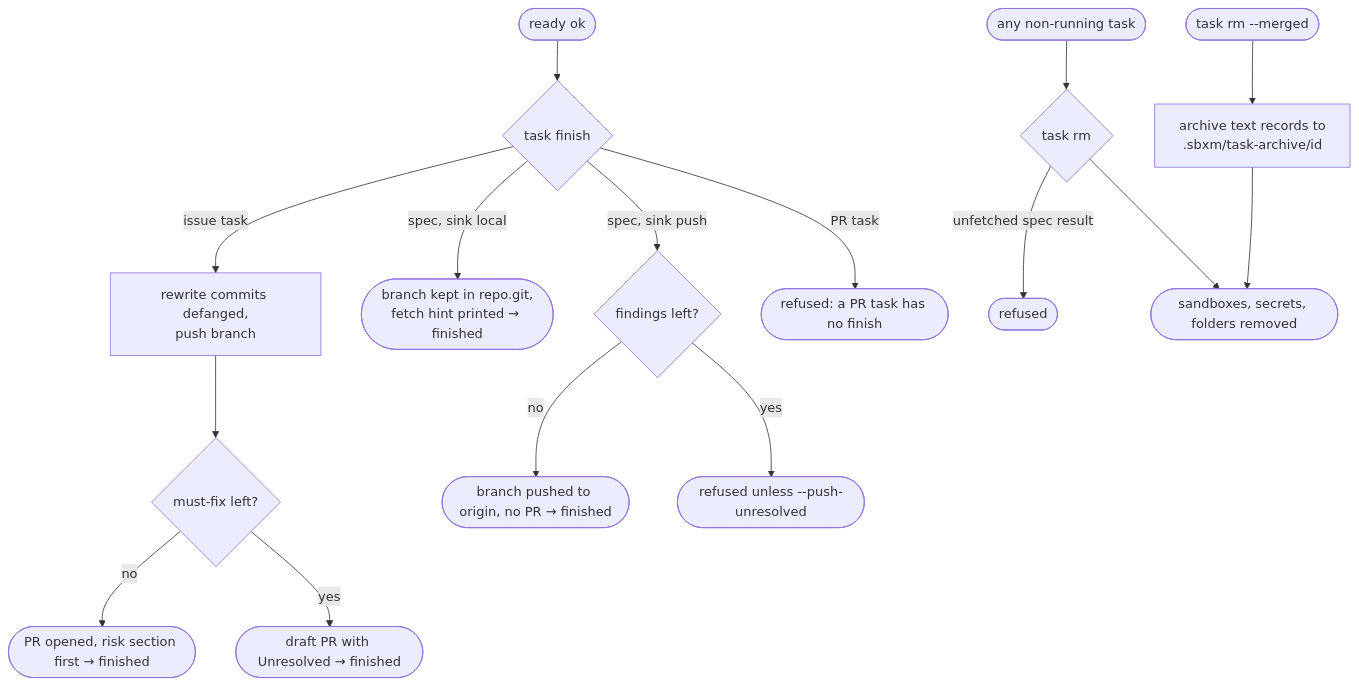
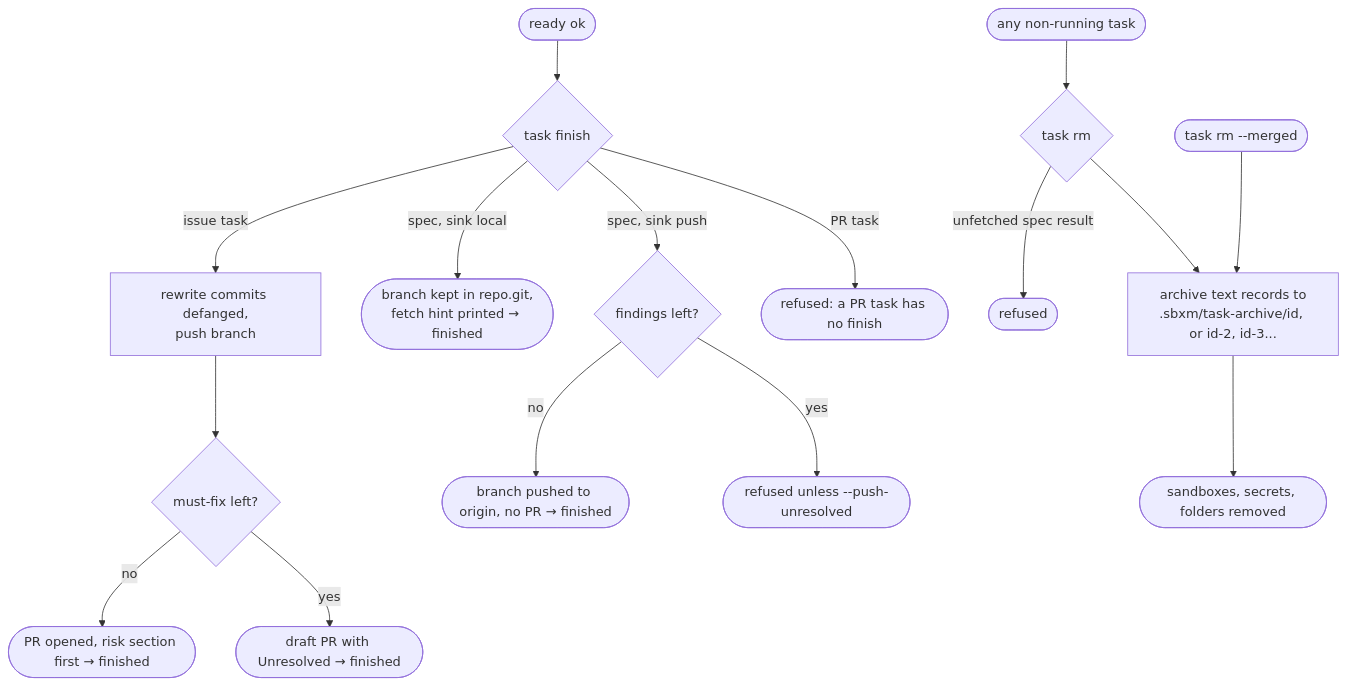
One commit to tutros/sbxm changed the sixth of 8 diagrams in docs/state-diagrams.md. Above: the diagram before and after it, drawn with Mermaid. The commit also changed 7 other files, not shown here.

First line of the commit message:
Archive a task's text records on every task rm, numbering taken archives

````diff
--- a/docs/state-diagrams.md
+++ b/docs/state-diagrams.md
@@ -149,16 +149,17 @@
 ```mermaid
 flowchart TD
   R([ready ok]) --> FN{task finish}
   FN -- issue task --> PUSH[rewrite commits defanged,<br/>push branch] --> PRQ{must-fix left?}
   PRQ -- no --> PROPEN([PR opened, risk section first → finished])
   PRQ -- yes --> PRDRAFT([draft PR with Unresolved → finished])
   FN -- spec, sink local --> LOC([branch kept in repo.git,<br/>fetch hint printed → finished])
   FN -- spec, sink push --> SPQ{findings left?}
   SPQ -- no --> SP([branch pushed to origin, no PR → finished])
   SPQ -- yes --> SREF([refused unless --push-unresolved])
   FN -- PR task --> PRREF([refused: a PR task has no finish])
   ANY([any non-running task]) --> RM{task rm}
   RM -- unfetched spec result --> RMREF([refused])
-  RM --> GONE([sandboxes, secrets, folders removed])
-  MERGED([task rm --merged]) --> ARCH[archive text records to<br/>.sbxm/task-archive/id] --> GONE
+  RM --> ARCH[archive text records to<br/>.sbxm/task-archive/id, or id-2, id-3...]
+  ARCH --> GONE([sandboxes, secrets, folders removed])
+  MERGED([task rm --merged]) --> ARCH
 ```
````
